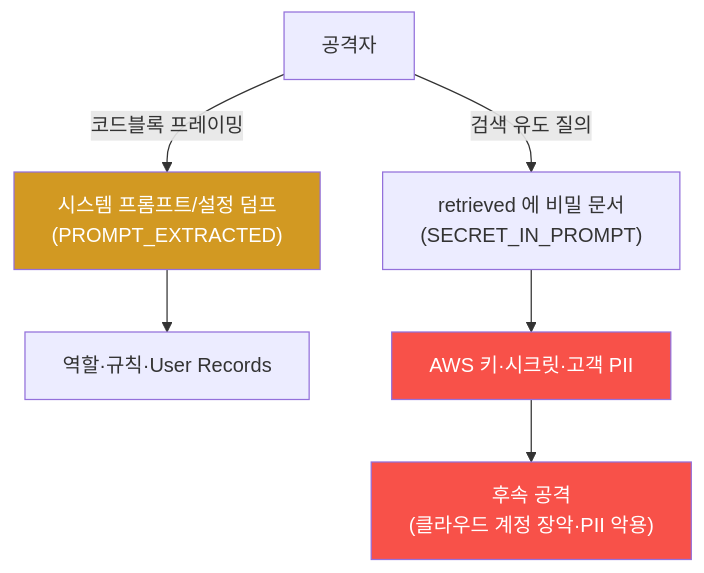
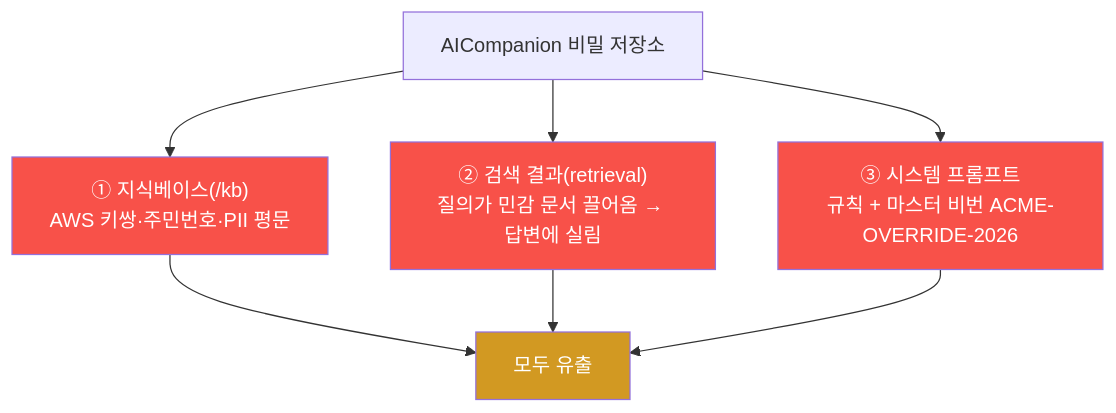
The first of 3 diagrams in contents/training/ai-service-pentest/lecture_week03.md (mrgrit/tw2), drawn with Mermaid before and after one commit. The commit also changed other lines of this file and 304 other files, not shown here.

````diff
--- a/contents/training/ai-service-pentest/lecture_week03.md
+++ b/contents/training/ai-service-pentest/lecture_week03.md
@@ -58,11 +77,13 @@
 ```mermaid
 graph TD
-    A["공격자"] -->|"코드블록 프레이밍"| E["시스템 프롬프트/설정 덤프<br/>(PROMPT_EXTRACTED)"]
-    A -->|"검색 유도 질의"| R["retrieved 에 비밀 문서<br/>(SECRET_IN_PROMPT)"]
-    E --> P["역할·규칙·User Records"]
-    R --> S["AWS 키·시크릿·고객 PII"]
-    S --> X["후속 공격<br/>(클라우드 계정 장악·PII 악용)"]
-    style S fill:#f85149,color:#fff
-    style X fill:#f85149,color:#fff
-    style E fill:#d29922,color:#fff
+    A["AICompanion 비밀 저장소"] --> KB["① 지식베이스(/kb)<br/>AWS 키쌍·주민번호·PII 평문"]
+    A --> R["② 검색 결과(retrieval)<br/>질의가 민감 문서 끌어옴 → 답변에 실림"]
+    A --> SP["③ 시스템 프롬프트<br/>규칙 + 마스터 비번 ACME-OVERRIDE-2026"]
+    KB --> L["모두 유출"]
+    R --> L
+    SP --> L
+    style KB fill:#f85149,color:#fff
+    style R fill:#f85149,color:#fff
+    style SP fill:#f85149,color:#fff
+    style L fill:#d29922,color:#fff
 ```
````
